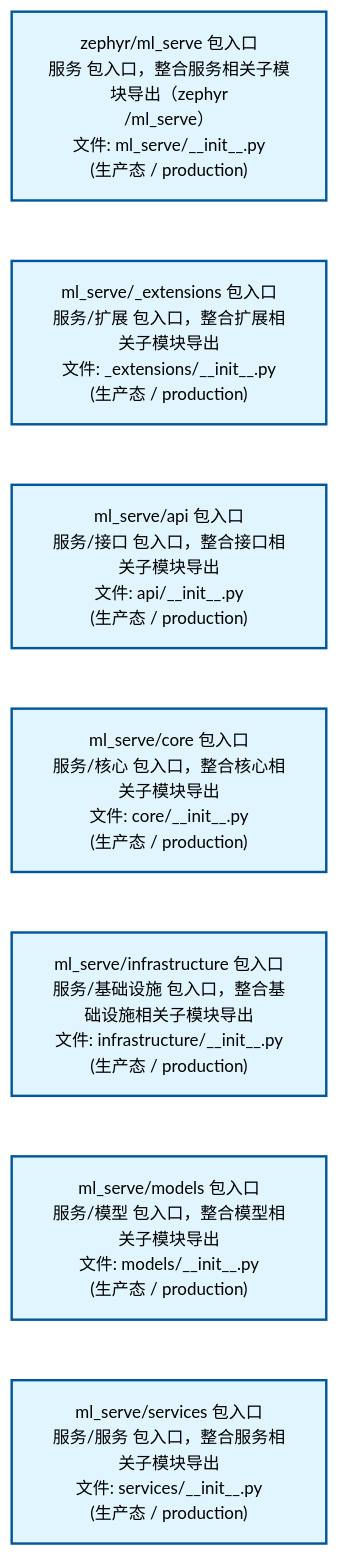
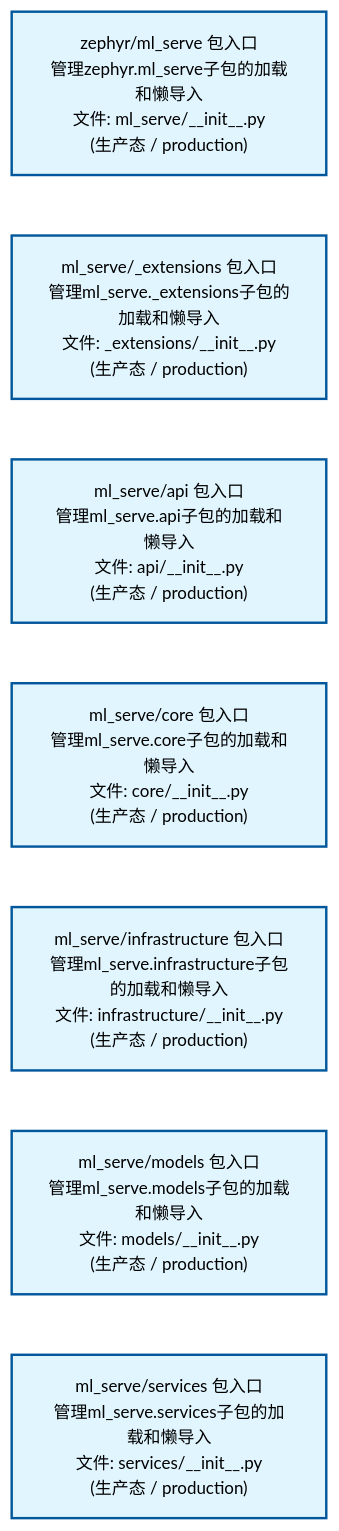
One commit to xuanFelixVan/ZephyrAlpha changed the first of 2 diagrams in docs/02_enterprise_architecture/02_domain_architecture_docs/60_d_ml_serve.md. Above: the diagram before and after it, drawn with Mermaid. The commit also changed other lines of this file and 50 other files, not shown here.

````diff
--- a/docs/02_enterprise_architecture/02_domain_architecture_docs/60_d_ml_serve.md
+++ b/docs/02_enterprise_architecture/02_domain_architecture_docs/60_d_ml_serve.md
@@ -53,22 +53,22 @@
 ```mermaid
 %%{init: {'theme': 'base', 'themeVariables': {'primaryColor': '#eaeaea', 'primaryTextColor': '#333333', 'primaryBorderColor': '#666666', 'lineColor': '#666666', 'secondaryColor': '#eaeaea', 'tertiaryColor': '#eaeaea', 'fontSize': '14px'}}}%%
 flowchart TD
-    src_zephyr_ml_serve_init_py["zephyr/ml_serve 包入口<br/>服务 包入口，整合服务相关子模块导出（zephyr<br/>/ml_serve）<br/>文件: ml_serve/__init__.py<br/>(生产态 / production)"]
-    src_zephyr_ml_serve_extensions_init_py["ml_serve/_extensions 包入口<br/>服务/扩展 包入口，整合扩展相关子模块导出<br/>文件: _extensions/__init__.py<br/>(生产态 / production)"]
-    src_zephyr_ml_serve_api_init_py["ml_serve/api 包入口<br/>服务/接口 包入口，整合接口相关子模块导出<br/>文件: api/__init__.py<br/>(生产态 / production)"]
-    src_zephyr_ml_serve_core_init_py["ml_serve/core 包入口<br/>服务/核心 包入口，整合核心相关子模块导出<br/>文件: core/__init__.py<br/>(生产态 / production)"]
-    src_zephyr_ml_serve_infrastructure_init_py["ml_serve/infrastructure 包入口<br/>服务/基础设施 包入口，整合基础设施相关子模块导出<br/>文件: infrastructure/__init__.py<br/>(生产态 / production)"]
-    src_zephyr_ml_serve_models_init_py["ml_serve/models 包入口<br/>服务/模型 包入口，整合模型相关子模块导出<br/>文件: models/__init__.py<br/>(生产态 / production)"]
-    src_zephyr_ml_serve_services_init_py["ml_serve/services 包入口<br/>服务/服务 包入口，整合服务相关子模块导出<br/>文件: services/__init__.py<br/>(生产态 / production)"]
+    src_zephyr_ml_serve_init_py["zephyr/ml_serve 包入口<br/>管理zephyr.ml_serve子包的加载和懒导入<br/>文件: ml_serve/__init__.py<br/>(生产态 / production)"]
+    src_zephyr_ml_serve_extensions_init_py["ml_serve/_extensions 包入口<br/>管理ml_serve._extensions子包的加载和懒导入<br/>文件: _extensions/__init__.py<br/>(生产态 / production)"]
+    src_zephyr_ml_serve_api_init_py["ml_serve/api 包入口<br/>管理ml_serve.api子包的加载和懒导入<br/>文件: api/__init__.py<br/>(生产态 / production)"]
+    src_zephyr_ml_serve_core_init_py["ml_serve/core 包入口<br/>管理ml_serve.core子包的加载和懒导入<br/>文件: core/__init__.py<br/>(生产态 / production)"]
+    src_zephyr_ml_serve_infrastructure_init_py["ml_serve/infrastructure 包入口<br/>管理ml_serve.infrastructure子包的加载和懒导入<br/>文件: infrastructure/__init__.py<br/>(生产态 / production)"]
+    src_zephyr_ml_serve_models_init_py["ml_serve/models 包入口<br/>管理ml_serve.models子包的加载和懒导入<br/>文件: models/__init__.py<br/>(生产态 / production)"]
+    src_zephyr_ml_serve_services_init_py["ml_serve/services 包入口<br/>管理ml_serve.services子包的加载和懒导入<br/>文件: services/__init__.py<br/>(生产态 / production)"]
     src_zephyr_ml_serve_init_py ~~~ src_zephyr_ml_serve_extensions_init_py
     src_zephyr_ml_serve_extensions_init_py ~~~ src_zephyr_ml_serve_api_init_py
     src_zephyr_ml_serve_api_init_py ~~~ src_zephyr_ml_serve_core_init_py
     src_zephyr_ml_serve_core_init_py ~~~ src_zephyr_ml_serve_infrastructure_init_py
     src_zephyr_ml_serve_infrastructure_init_py ~~~ src_zephyr_ml_serve_models_init_py
     src_zephyr_ml_serve_models_init_py ~~~ src_zephyr_ml_serve_services_init_py
     classDef production fill:#e1f5fe,stroke:#01579b,stroke-width:2px,color:#000
     classDef design fill:#fff3e0,stroke:#e65100,stroke-width:2px,color:#000,stroke-dasharray: 5 5
     classDef external_prod fill:#e8f4fd,stroke:#0277bd,stroke-width:1px,color:#000
     classDef external_design fill:#fff8e7,stroke:#ef6c00,stroke-width:1px,color:#000,stroke-dasharray: 5 5
     class src_zephyr_ml_serve_init_py,src_zephyr_ml_serve_extensions_init_py,src_zephyr_ml_serve_api_init_py,src_zephyr_ml_serve_core_init_py,src_zephyr_ml_serve_infrastructure_init_py,src_zephyr_ml_serve_models_init_py,src_zephyr_ml_serve_services_init_py production
 ```
````
